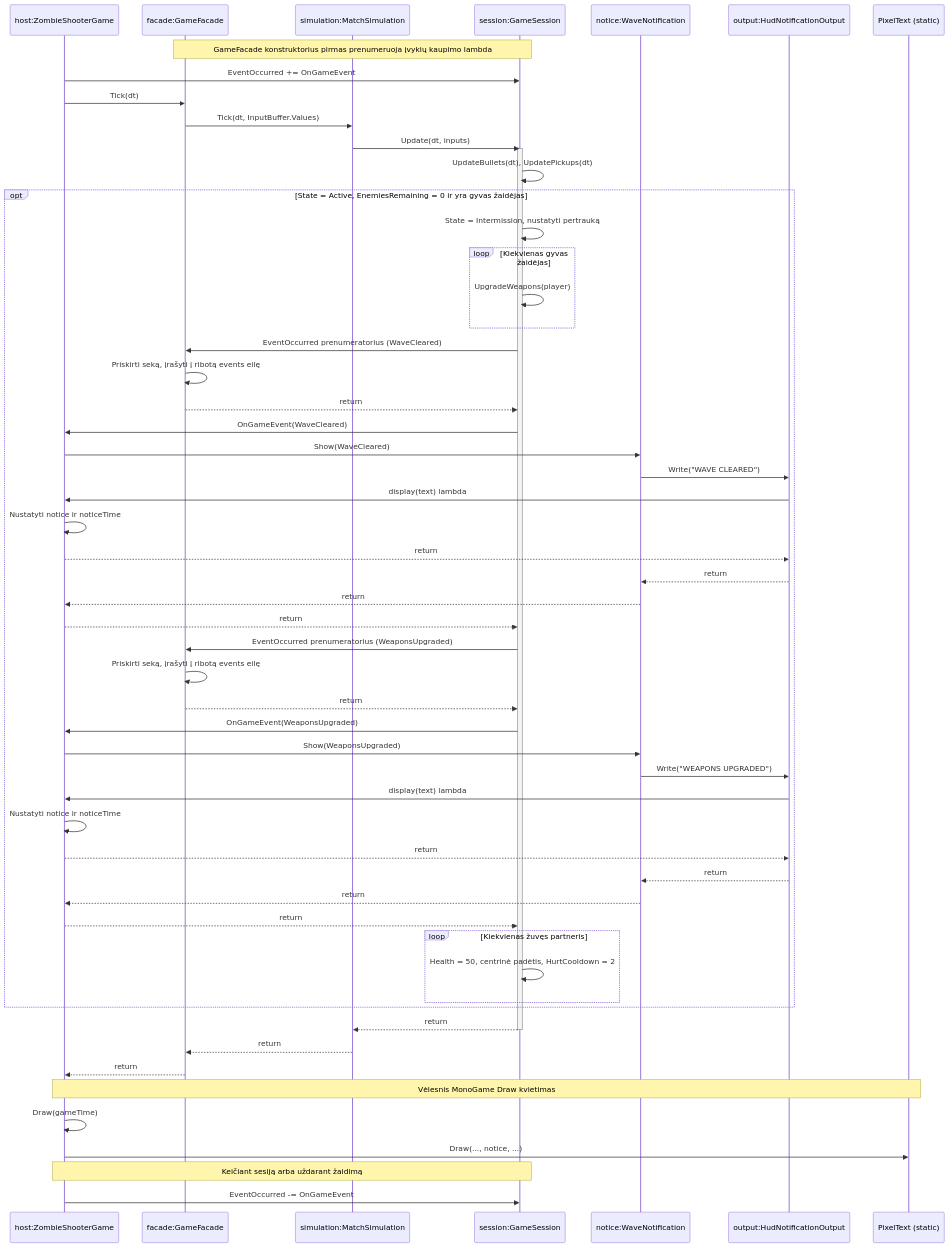
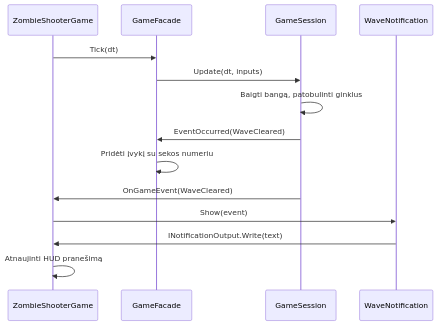
Before and after one commit to JuozasPetryla/ZombieShooter: the diagram in docs/PROJEKTO_APRASAS.md, drawn with Mermaid. The commit also changed other lines of this file and 35 other files, not shown here.

Commit message:
Simplified code and UML

````diff
--- a/docs/PROJEKTO_APRASAS.md
+++ b/docs/PROJEKTO_APRASAS.md
@@ -929,59 +133,16 @@
 ```mermaid
 sequenceDiagram
-    participant Host as host:ZombieShooterGame
-    participant Facade as facade:GameFacade
-    participant Simulation as simulation:MatchSimulation
-    participant Session as session:GameSession
-    participant Notice as notice:WaveNotification
-    participant Output as output:HudNotificationOutput
-    participant Text as PixelText (static)
-    Note over Facade,Session: GameFacade konstruktorius pirmas prenumeruoja įvykių kaupimo lambda
-    Host->>Session: EventOccurred += OnGameEvent
+    participant Host as ZombieShooterGame
+    participant Facade as GameFacade
+    participant Session as GameSession
+    participant Notice as WaveNotification
     Host->>Facade: Tick(dt)
-    Facade->>Simulation: Tick(dt, InputBuffer.Values)
-    Simulation->>Session: Update(dt, inputs)
-    activate Session
-    Session->>Session: UpdateBullets(dt), UpdatePickups(dt)
-    opt State = Active, EnemiesRemaining = 0 ir yra gyvas žaidėjas
-        Session->>Session: State = Intermission, nustatyti pertrauką
-        loop Kiekvienas gyvas žaidėjas
-            Session->>Session: UpgradeWeapons(player)
-        end
-        Session->>Facade: EventOccurred prenumeratorius (WaveCleared)
-        Facade->>Facade: Priskirti seką, įrašyti į ribotą events eilę
-        Facade-->>Session: return
-        Session->>Host: OnGameEvent(WaveCleared)
-        Host->>Notice: Show(WaveCleared)
-        Notice->>Output: Write("WAVE CLEARED")
-        Output->>Host: display(text) lambda
-        Host->>Host: Nustatyti notice ir noticeTime
-        Host-->>Output: return
-        Output-->>Notice: return
-        Notice-->>Host: return
-        Host-->>Session: return
-        Session->>Facade: EventOccurred prenumeratorius (WeaponsUpgraded)
-        Facade->>Facade: Priskirti seką, įrašyti į ribotą events eilę
-        Facade-->>Session: return
-        Session->>Host: OnGameEvent(WeaponsUpgraded)
-        Host->>Notice: Show(WeaponsUpgraded)
-        Notice->>Output: Write("WEAPONS UPGRADED")
-        Output->>Host: display(text) lambda
-        Host->>Host: Nustatyti notice ir noticeTime
-        Host-->>Output: return
-        Output-->>Notice: return
-        Notice-->>Host: return
-        Host-->>Session: return
-        loop Kiekvienas žuvęs partneris
-            Session->>Session: Health = 50, centrinė padėtis, HurtCooldown = 2
-        end
-    end
-    Session-->>Simulation: return
-    deactivate Session
-    Simulation-->>Facade: return
-    Facade-->>Host: return
-    Note over Host,Text: Vėlesnis MonoGame Draw kvietimas
-    Host->>Host: Draw(gameTime)
-    Host->>Text: Draw(..., notice, ...)
-    Note over Host,Session: Keičiant sesiją arba uždarant žaidimą
-    Host->>Session: EventOccurred -= OnGameEvent
+    Facade->>Session: Update(dt, inputs)
+    Session->>Session: Baigti bangą, patobulinti ginklus
+    Session->>Facade: EventOccurred(WaveCleared)
+    Facade->>Facade: Pridėti įvykį su sekos numeriu
+    Session->>Host: OnGameEvent(WaveCleared)
+    Host->>Notice: Show(event)
+    Notice->>Host: INotificationOutput.Write(text)
+    Host->>Host: Atnaujinti HUD pranešimą
 ```
````
